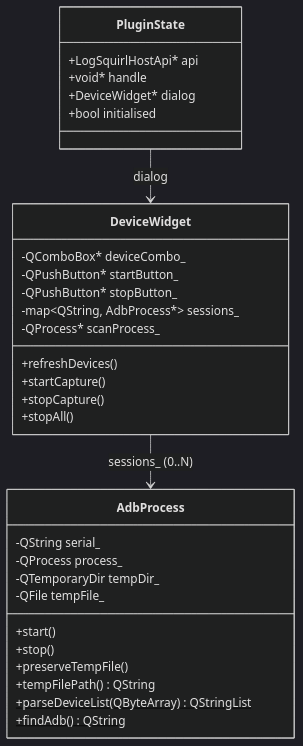
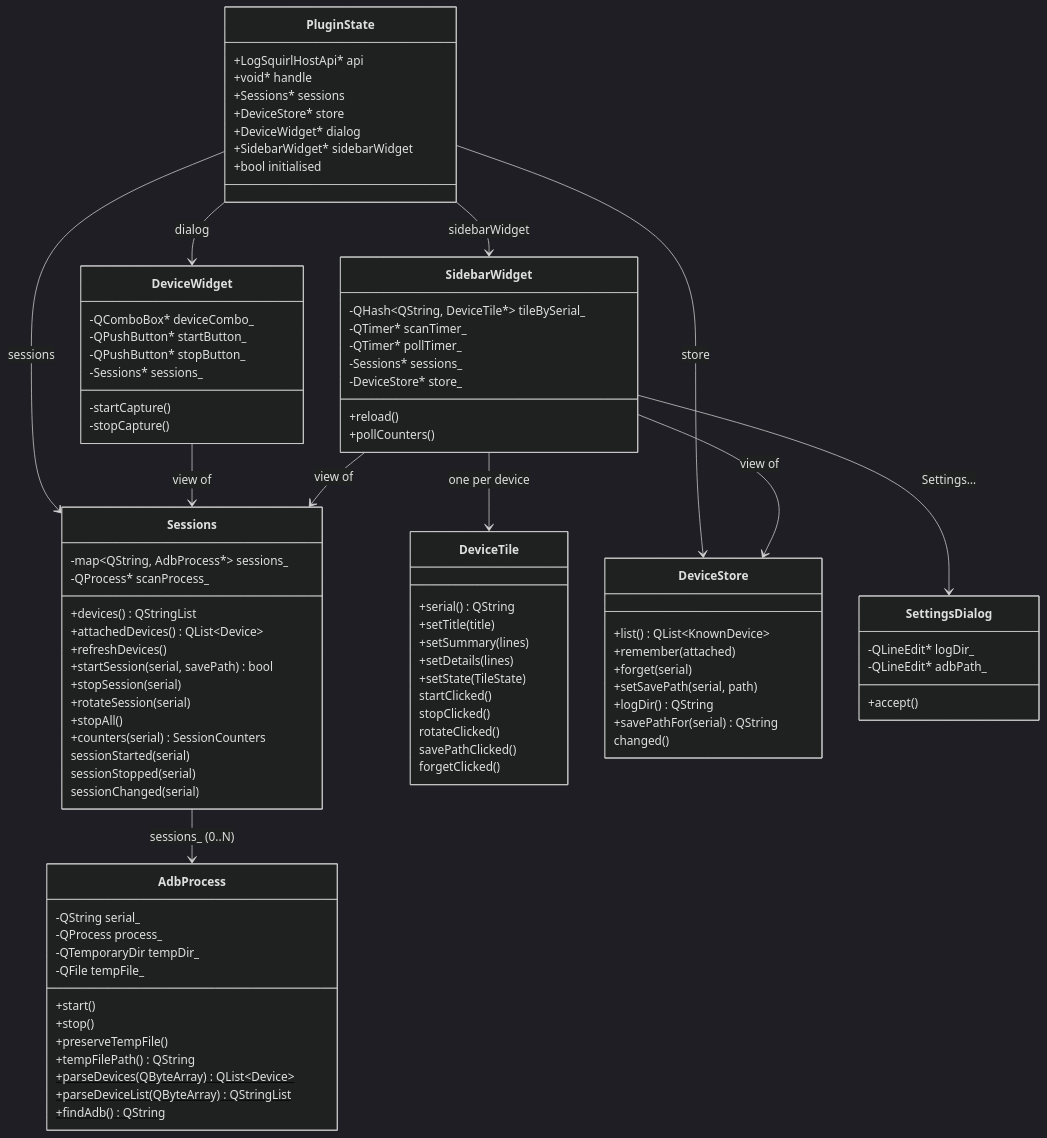
Before and after one commit to 64x-lunicorn/LogSquirl-Logcat: the second of 2 diagrams in docs/DEVELOPER_GUIDE.md, drawn with Mermaid (dark theme). The commit also changed other lines of this file and 27 other files, not shown here.

First line of the commit message:
Sessions apart from the dialog, one tile per device, live details with Rotate (#47, #48, #49) (#53)

````diff
--- a/docs/DEVELOPER_GUIDE.md
+++ b/docs/DEVELOPER_GUIDE.md
@@ -322,20 +322,75 @@
     class PluginState {
         +LogSquirlHostApi* api
         +void* handle
+        +Sessions* sessions
+        +DeviceStore* store
         +DeviceWidget* dialog
+        +SidebarWidget* sidebarWidget
         +bool initialised
+    }
+
+    class Sessions {
+        -map~QString, AdbProcess*~ sessions_
+        -QProcess* scanProcess_
+        +devices() QStringList
+        +attachedDevices() QList~Device~
+        +refreshDevices()
+        +startSession(serial, savePath) bool
+        +stopSession(serial)
+        +rotateSession(serial)
+        +stopAll()
+        +counters(serial) SessionCounters
+        sessionStarted(serial)
+        sessionStopped(serial)
+        sessionChanged(serial)
     }
 
     class DeviceWidget {
         -QComboBox* deviceCombo_
         -QPushButton* startButton_
         -QPushButton* stopButton_
-        -map~QString, AdbProcess*~ sessions_
-        -QProcess* scanProcess_
-        +refreshDevices()
-        +startCapture()
-        +stopCapture()
-        +stopAll()
+        -Sessions* sessions_
+        -startCapture()
+        -stopCapture()
+    }
+
+    class SidebarWidget {
+        -QHash~QString, DeviceTile*~ tileBySerial_
+        -QTimer* scanTimer_
+        -QTimer* pollTimer_
+        -Sessions* sessions_
+        -DeviceStore* store_
+        +reload()
+        +pollCounters()
+    }
+
+    class DeviceTile {
+        +serial() QString
+        +setTitle(title)
+        +setSummary(lines)
+        +setDetails(lines)
+        +setState(TileState)
+        startClicked()
+        stopClicked()
+        rotateClicked()
+        savePathClicked()
+        forgetClicked()
+    }
+
+    class DeviceStore {
+        +list() QList~KnownDevice~
+        +remember(attached)
+        +forget(serial)
+        +setSavePath(serial, path)
+        +logDir() QString
+        +savePathFor(serial) QString
+        changed()
+    }
+
+    class SettingsDialog {
+        -QLineEdit* logDir_
+        -QLineEdit* adbPath_
+        +accept()
     }
 
     class AdbProcess {
@@ -347,10 +402,19 @@
         +stop()
         +preserveTempFile()
         +tempFilePath() QString
+        +parseDevices(QByteArray)$ QList~Device~
         +parseDeviceList(QByteArray)$ QStringList
         +findAdb()$ QString
     }
 
+    PluginState --> Sessions : sessions
+    PluginState --> DeviceStore : store
     PluginState --> DeviceWidget : dialog
-    DeviceWidget --> AdbProcess : sessions_ (0..N)
+    PluginState --> SidebarWidget : sidebarWidget
+    DeviceWidget --> Sessions : view of
+    SidebarWidget --> Sessions : view of
+    SidebarWidget --> DeviceStore : view of
+    SidebarWidget --> DeviceTile : one per device
+    SidebarWidget --> SettingsDialog : Settings…
+    Sessions --> AdbProcess : sessions_ (0..N)
 ```
````
